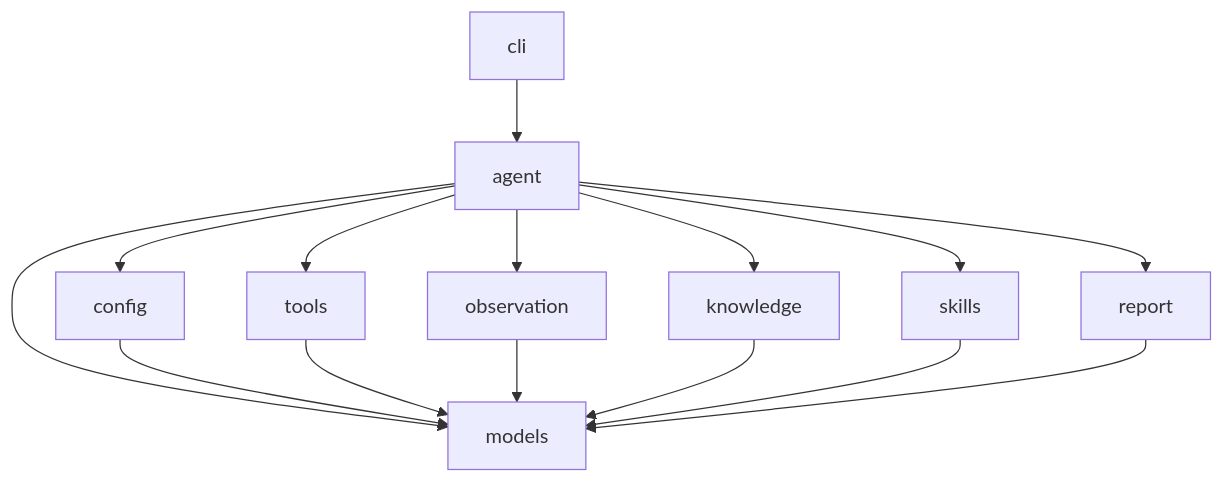
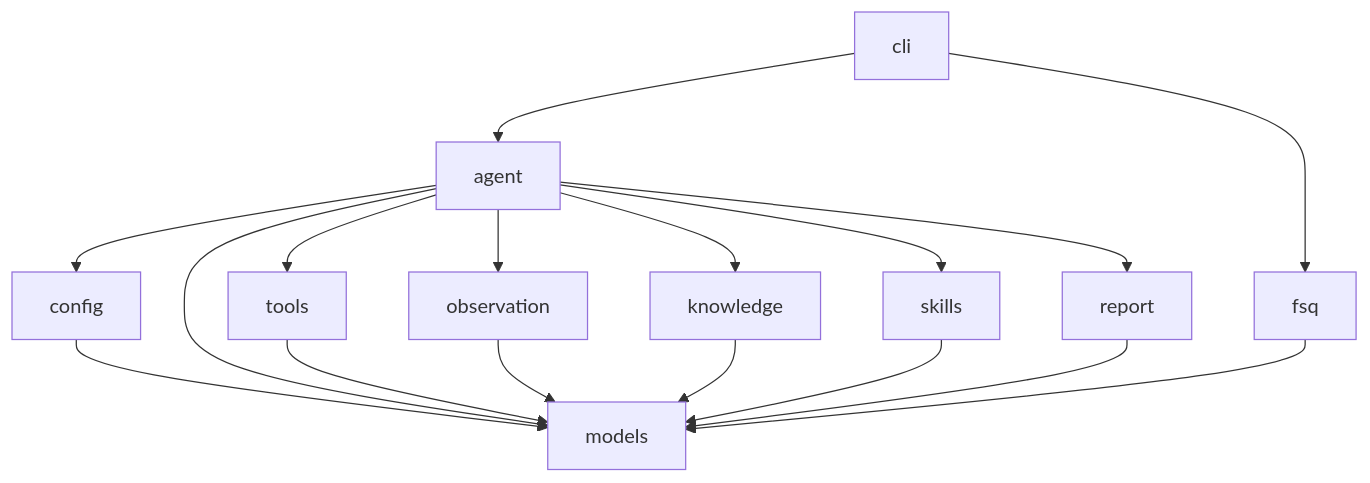
Before and after one commit to FSQ-lab/FSQ-Agent: the diagram in CLAUDE.md, drawn with Mermaid. The commit also changed other lines of this file and 11 other files, not shown here.

````diff
--- a/CLAUDE.md
+++ b/CLAUDE.md
@@ -21,17 +22,19 @@
 ```mermaid
 flowchart TD
     CLI[cli] --> Agent[agent]
+    CLI --> FSQ[fsq]
     Agent --> Config[config]
     Agent --> Models[models]
     Agent --> Tools[tools]
     Agent --> Observation[observation]
     Agent --> Knowledge[knowledge]
     Agent --> Skills[skills]
     Agent --> Report[report]
     Config --> Models
     Tools --> Models
     Observation --> Models
     Knowledge --> Models
+    FSQ --> Models
     Skills --> Models
     Report --> Models
 ```
````
